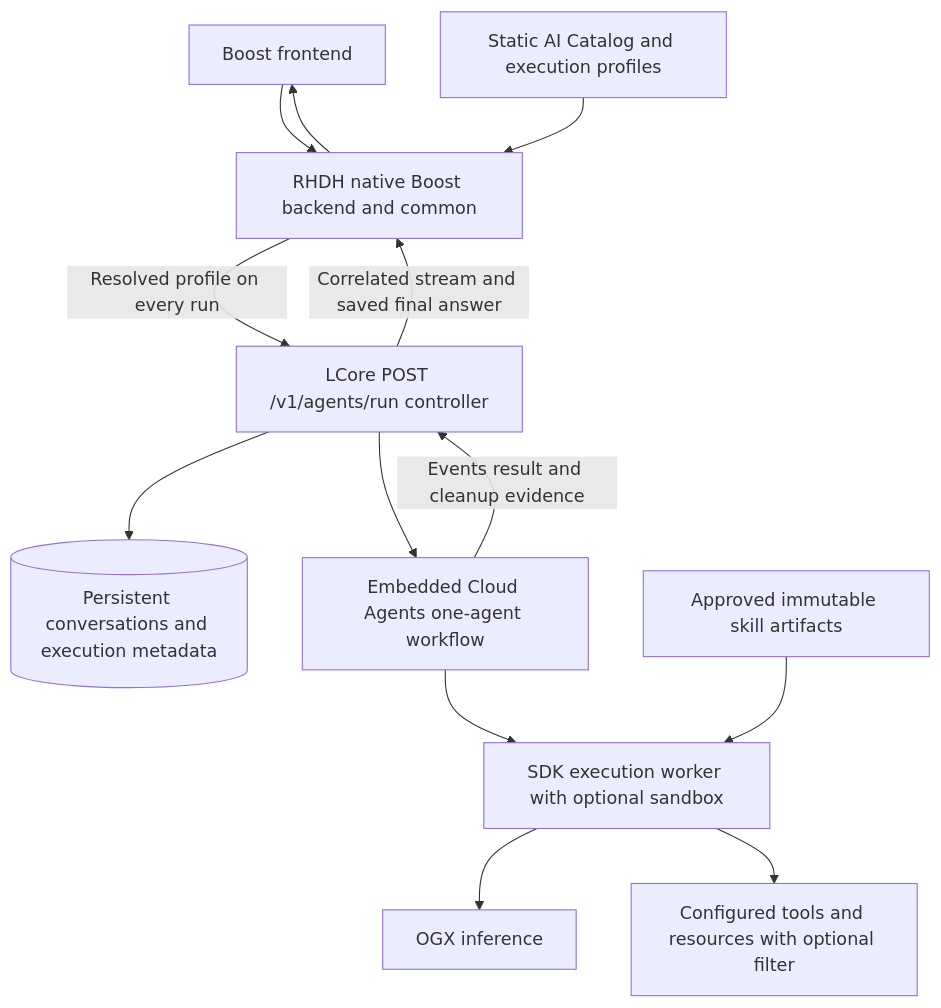
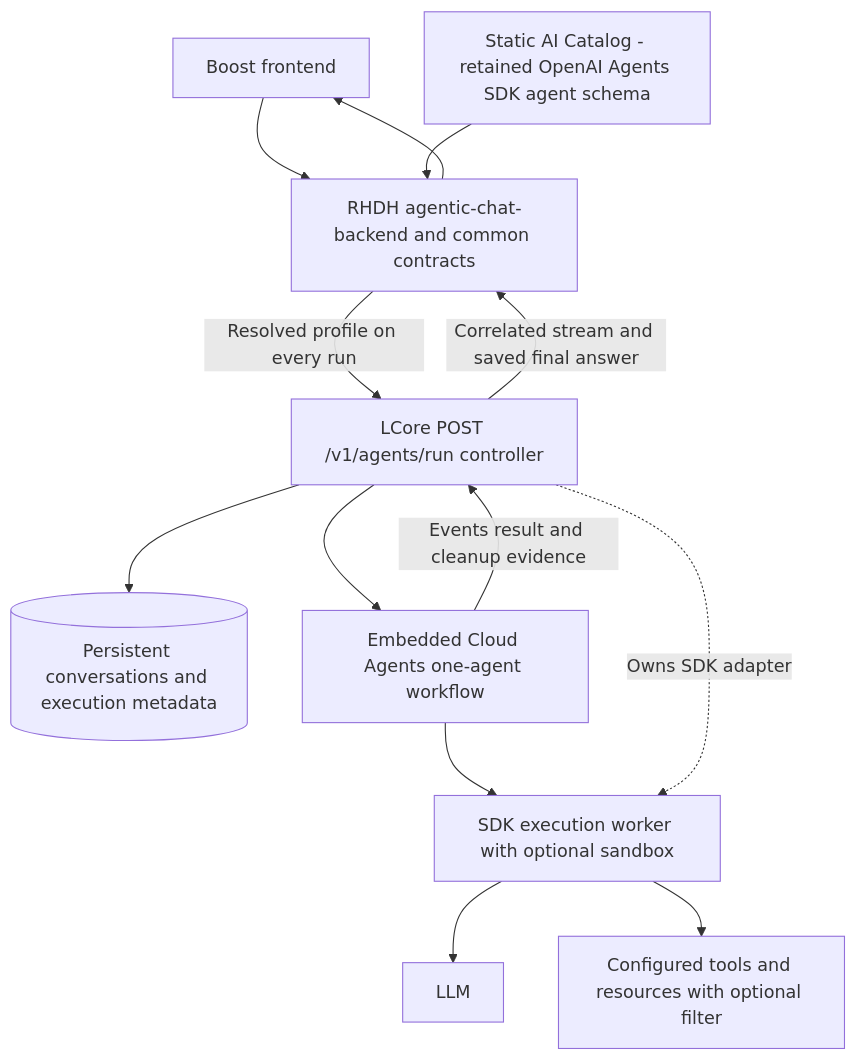
Before and after one commit to yangcao77/rhdh-agentic-chat-interface-design: the diagram in diagrams/architecture.md, drawn with Mermaid. The commit also changed 18 other files, not shown here.

````diff
--- a/diagrams/architecture.md
+++ b/diagrams/architecture.md
@@ -5,15 +5,15 @@
 ```mermaid
 flowchart TD
-  UI[Boost frontend] --> R[RHDH native Boost backend and common]
-  C[Static AI Catalog and execution profiles] --> R
+  UI[Boost frontend] --> R[RHDH agentic-chat-backend and common contracts]
+  C[Static AI Catalog - retained OpenAI Agents SDK agent schema] --> R
   R -->|Resolved profile on every run| L[LCore POST /v1/agents/run controller]
   L --> H[(Persistent conversations and execution metadata)]
   L --> W[Embedded Cloud Agents one-agent workflow]
   W --> S[SDK execution worker with optional sandbox]
-  S --> O[OGX inference]
+  L -.->|Owns SDK adapter| S
+  S --> O[LLM]
   S --> M[Configured tools and resources with optional filter]
-  A[Approved immutable skill artifacts] --> S
   W -->|Events result and cleanup evidence| L
   L -->|Correlated stream and saved final answer| R
   R --> UI
 ```
````
